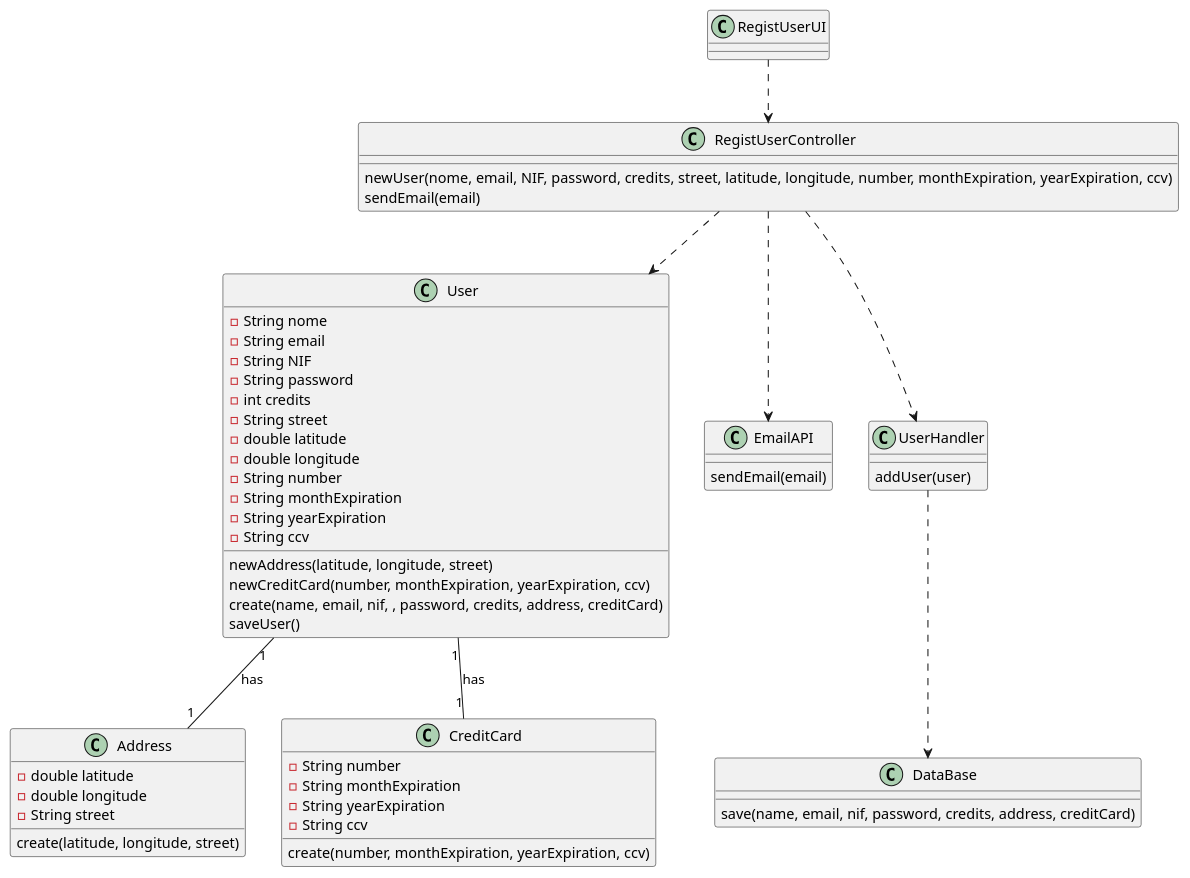
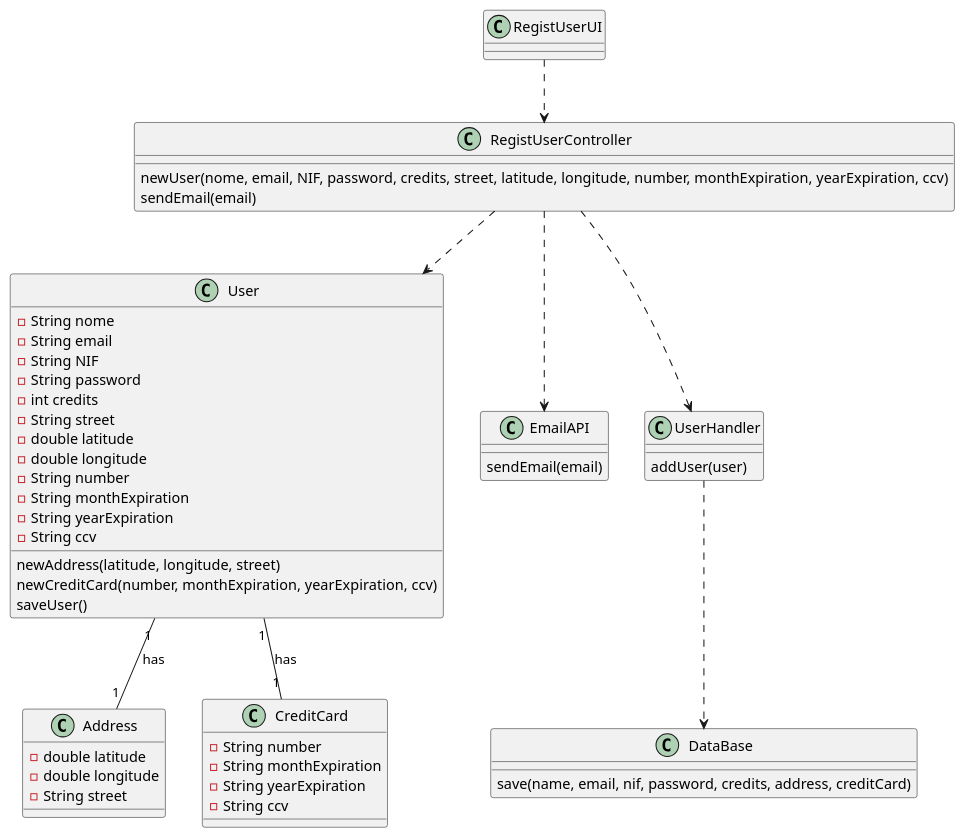
One commit to 1190452/LAPR3 changed the diagram in Documents/UC1/CD.puml. Above: the diagram before and after it, drawn with PlantUML. The commit also changed 12 other files, not shown here.

```diff
--- a/Documents/UC1/CD.puml
+++ b/Documents/UC1/CD.puml
@@ -1,67 +1,64 @@
 @startuml
 
 
 class Address {
   -double latitude
   -double longitude
   -String street
-  create(latitude, longitude, street)
 }
 
 
 class User {
   -String nome
   -String email
   -String NIF
   -String password
   -int credits
   -String street
   -double latitude
   -double longitude
   -String number
   -String monthExpiration
   -String yearExpiration
   -String ccv
   newAddress(latitude, longitude, street)
   newCreditCard(number, monthExpiration, yearExpiration, ccv)
-  create(name, email, nif, , password, credits, address, creditCard)
   saveUser()
 
 }
 
 class CreditCard {
    -String number
   -String monthExpiration
   -String yearExpiration
   -String ccv
-  create(number, monthExpiration, yearExpiration, ccv)
 }
 
 
 class RegistUserController {
   newUser(nome, email, NIF, password, credits, street, latitude, longitude, number, monthExpiration, yearExpiration, ccv)
   sendEmail(email)
 }
 
 class EmailAPI {
 sendEmail(email)
 }
 
 class UserHandler {
 addUser(user)
 }
 
 
 class DataBase {
 save(name, email, nif, password, credits, address, creditCard)
 }
 
 RegistUserUI ..> RegistUserController
 RegistUserController ..> User
 UserHandler ..> DataBase
 RegistUserController ..> UserHandler
 RegistUserController ..> EmailAPI
 User "1" -- "1" Address: has
 User "1" -- "1" CreditCard: has
 
 @enduml
```
